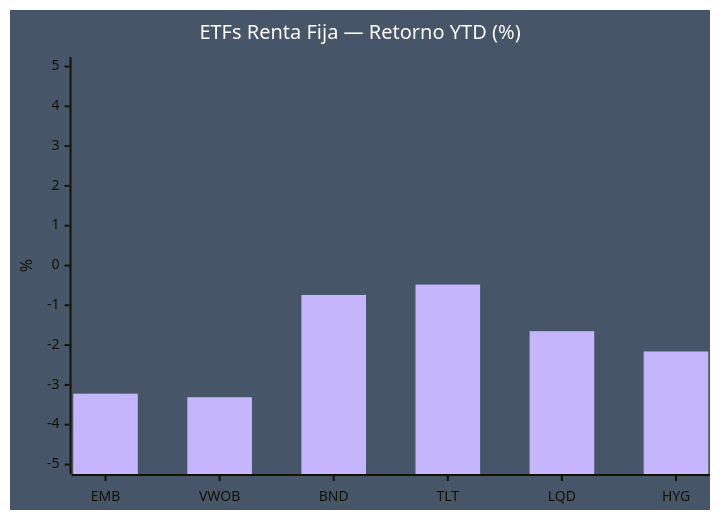
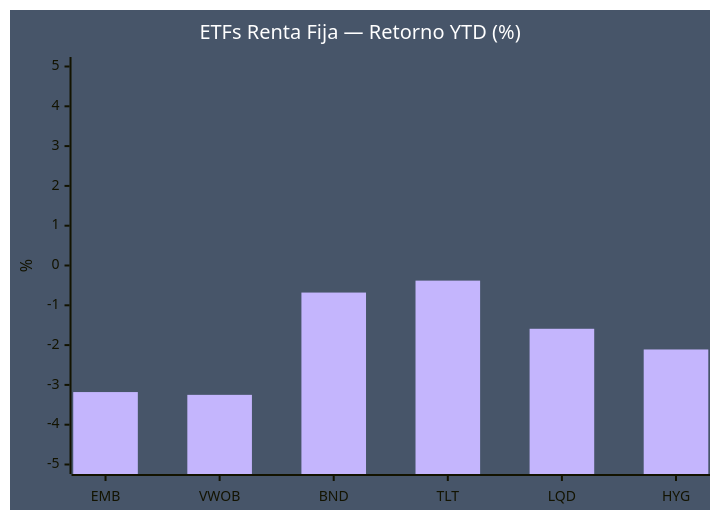
The seventh of 9 diagrams in reports/2026-03-30.md (kanoso/tablero-divisas), drawn with Mermaid before and after one commit. The commit also changed other lines of this file and 2 other files, not shown here.

````diff
--- a/reports/2026-03-30.md
+++ b/reports/2026-03-30.md
@@ -164,8 +164,8 @@
 ```mermaid
 %%{init: {"theme":"base","themeVariables":{"xyChart":{"backgroundColor":"#475569","plotBackgroundColor":"#334155","plotColorPalette":"#c4b5fd","titleColor":"#ffffff","axisLineColor":"#cbd5e1","labelColor":"#ffffff","tickColor":"#cbd5e1"}}}}%%
 xychart-beta
     title "ETFs Renta Fija — Retorno YTD (%)"
     x-axis ["EMB", "VWOB", "BND", "TLT", "LQD", "HYG"]
     y-axis "%" -5 --> 5
-    bar [-3.22, -3.31, -0.74, -0.48, -1.65, -2.16]
+    bar [-3.18, -3.25, -0.68, -0.38, -1.59, -2.11]
 ```
````
